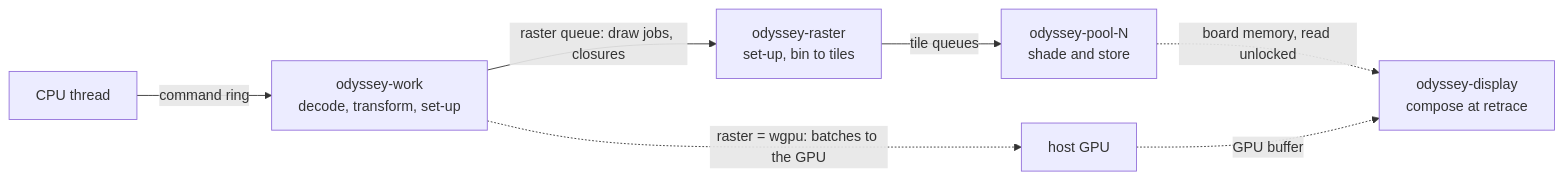
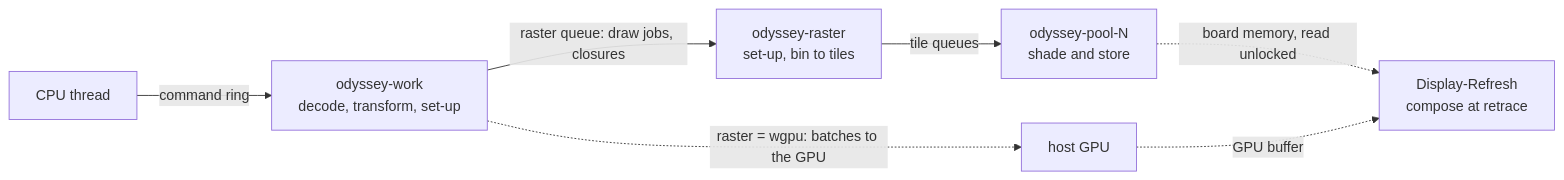
Before and after one commit to techomancer/iris: the third of 3 diagrams in docs/graphics/vpro.md, drawn with Mermaid. The commit also changed other lines of this file and 8 other files, not shown here.

First line of the commit message:
docs: the display refresh thread

````diff
--- a/docs/graphics/vpro.md
+++ b/docs/graphics/vpro.md
@@ -96,9 +96,9 @@
 ```mermaid
 flowchart LR
   cpu["CPU thread"] -->|command ring| work["odyssey-work<br/>decode, transform, set-up"]
   work -->|raster queue: draw jobs, closures| rast["odyssey-raster<br/>set-up, bin to tiles"]
   rast -->|tile queues| pool["odyssey-pool-N<br/>shade and store"]
-  pool -.->|board memory, read unlocked| disp["odyssey-display<br/>compose at retrace"]
+  pool -.->|board memory, read unlocked| disp["Display-Refresh<br/>compose at retrace"]
   work -.->|raster = wgpu: batches to the GPU| gpu["host GPU"]
   gpu -.->|GPU buffer| disp
 ```
````
